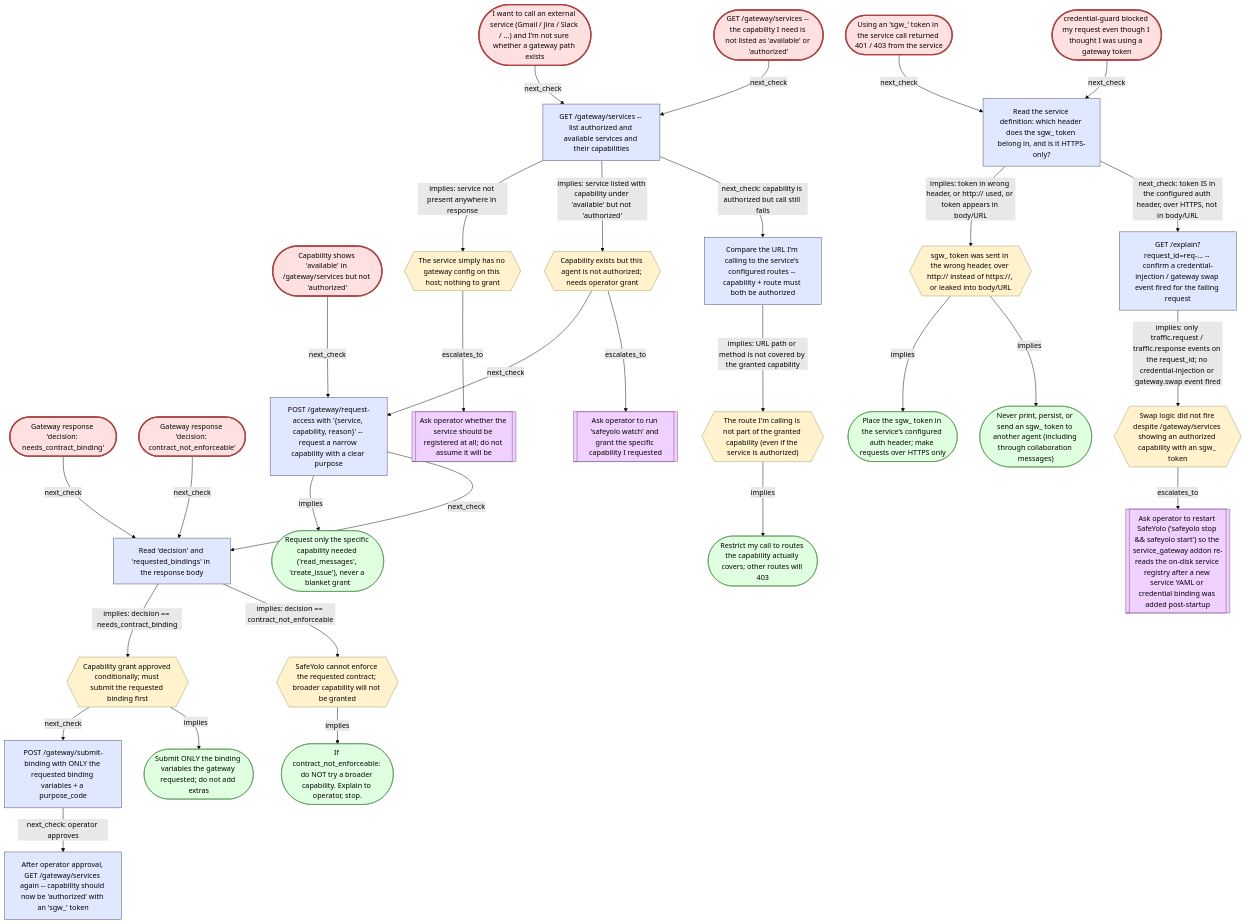
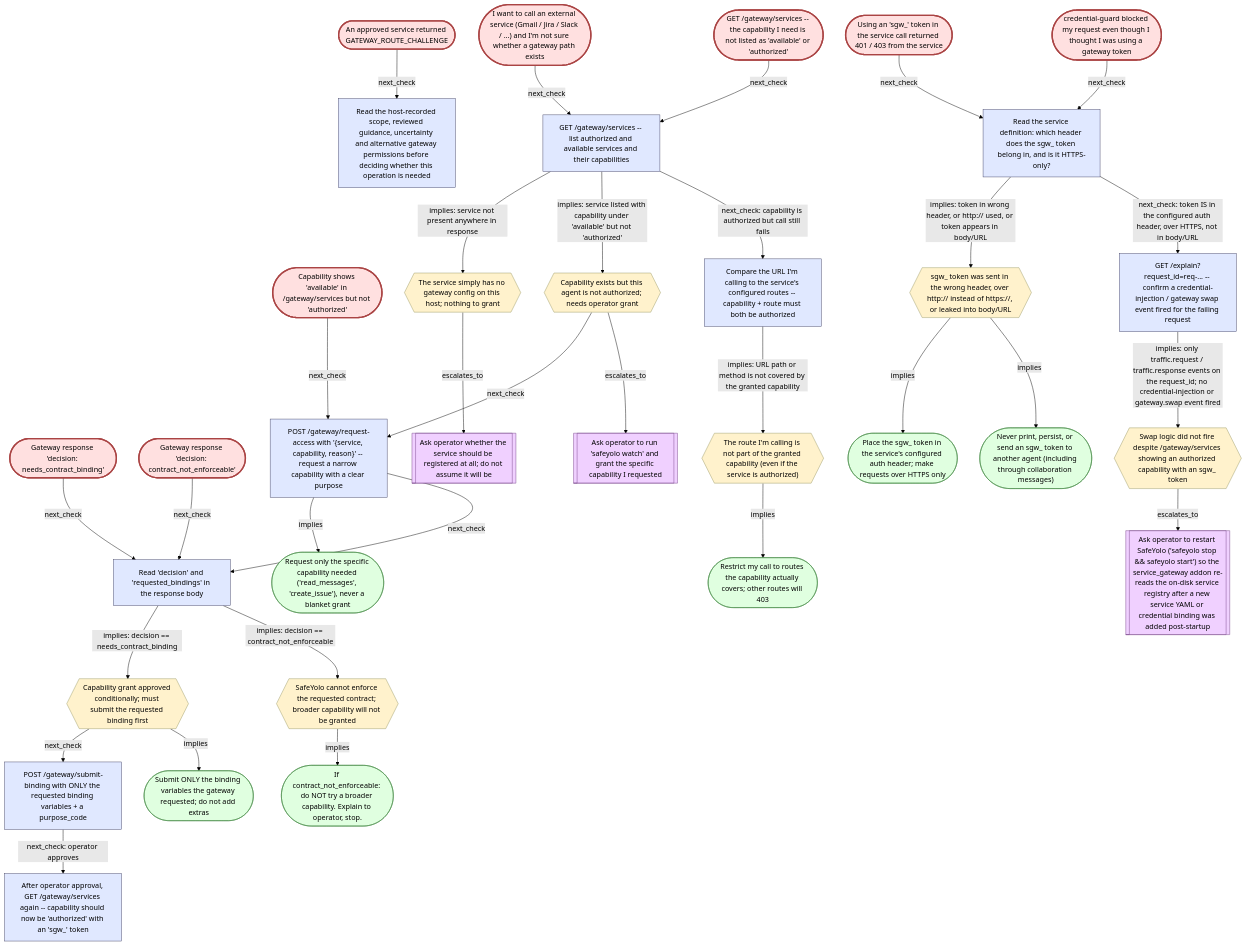
One commit to craigbalding/safeyolo changed the diagram in cli/src/safeyolo/agent_context/skills/safeyolo/references/graph/triage-service-gateway.mmd. Above: the diagram before and after it, drawn with Mermaid (forest theme). The commit also changed 22 other files, not shown here.

Commit message:
Add service route reconsideration and explicit temporary approval

```diff
--- a/cli/src/safeyolo/agent_context/skills/safeyolo/references/graph/triage-service-gateway.mmd
+++ b/cli/src/safeyolo/agent_context/skills/safeyolo/references/graph/triage-service-gateway.mmd
@@ -1,111 +1,117 @@
 flowchart TD
     %% Auto-generated by scripts/render_skill_graph.py -- do not edit.
 
     classDef symptom fill:#ffe0e0,stroke:#a44
     classDef evidence fill:#e0e8ff,stroke:#446
     classDef classification fill:#fff2cc,stroke:#996
     classDef conclusion fill:#e0ffe0,stroke:#484
     classDef operator_ask fill:#f0d0ff,stroke:#748
 
     sym.gateway_want_to_call_service(["I want to call an external service (Gmail / Jira / Slack / ...) and I'm not sure whether a gateway path exists"])
     sym.gateway_no_capability_listed(["GET /gateway/services -- the capability I need is not listed as 'available' or 'authorized'"])
     sym.gateway_available_not_authorized(["Capability shows 'available' in /gateway/services but not 'authorized'"])
     sym.gateway_needs_contract_binding(["Gateway response 'decision: needs_contract_binding'"])
     sym.gateway_contract_not_enforceable(["Gateway response 'decision: contract_not_enforceable'"])
     sym.gateway_sgw_token_rejected(["Using an 'sgw_' token in the service call returned 401 / 403 from the service"])
     sym.gateway_credential_leak_attempt(["credential-guard blocked my request even though I thought I was using a gateway token"])
+    sym.gateway_route_challenge(["An approved service returned GATEWAY_ROUTE_CHALLENGE"])
+    ev.gateway_reconsider_route["Read the host-recorded scope, reviewed guidance, uncertainty and alternative gateway permissions before deciding whether this operation is needed"]
     ev.gateway_list_services["GET /gateway/services -- list authorized and available services and their capabilities"]
     ev.gateway_request_access["POST /gateway/request-access with '{service, capability, reason}' -- request a narrow capability with a clear purpose"]
     ev.gateway_read_decision["Read 'decision' and 'requested_bindings' in the response body"]
     ev.gateway_submit_binding["POST /gateway/submit-binding with ONLY the requested binding variables + a purpose_code"]
     ev.gateway_recheck_after_approval["After operator approval, GET /gateway/services again -- capability should now be 'authorized' with an 'sgw_' token"]
     ev.gateway_check_auth_header_name["Read the service definition: which header does the sgw_ token belong in, and is it HTTPS-only?"]
     ev.gateway_check_route["Compare the URL I'm calling to the service's configured routes -- capability + route must both be authorized"]
     ev.gateway_check_injection_event["GET /explain?request_id=req-... -- confirm a credential-injection / gateway swap event fired for the failing request"]
     cls.gateway_service_not_registered{{"The service simply has no gateway config on this host; nothing to grant"}}
     cls.gateway_needs_grant{{"Capability exists but this agent is not authorized; needs operator grant"}}
     cls.gateway_needs_binding_submit{{"Capability grant approved conditionally; must submit the requested binding first"}}
     cls.gateway_impossible{{"SafeYolo cannot enforce the requested contract; broader capability will not be granted"}}
     cls.gateway_wrong_route{{"The route I'm calling is not part of the granted capability (even if the service is authorized)"}}
     cls.gateway_token_in_wrong_place{{"sgw_ token was sent in the wrong header, over http:// instead of https://, or leaked into body/URL"}}
     cls.gateway_swap_not_running{{"Swap logic did not fire despite /gateway/services showing an authorized capability with an sgw_ token"}}
     con.gateway_request_narrow_capability(["Request only the specific capability needed ('read_messages', 'create_issue'), never a blanket grant"])
     con.gateway_submit_only_requested_bindings(["Submit ONLY the binding variables the gateway requested; do not add extras"])
     con.gateway_do_not_broaden(["If contract_not_enforceable: do NOT try a broader capability. Explain to operator, stop."])
     con.gateway_use_configured_header(["Place the sgw_ token in the service's configured auth header; make requests over HTTPS only"])
     con.gateway_never_share_token(["Never print, persist, or send an sgw_ token to another agent (including through collaboration messages)"])
     con.gateway_correct_route(["Restrict my call to routes the capability actually covers; other routes will 403"])
     ask.gateway_register_service[["Ask operator whether the service should be registered at all; do not assume it will be"]]
     ask.gateway_watch_grant[["Ask operator to run 'safeyolo watch' and grant the specific capability I requested"]]
     ask.gateway_restart_after_yaml_change[["Ask operator to restart SafeYolo ('safeyolo stop && safeyolo start') so the service_gateway addon re-reads the on-disk service registry after a new service YAML or credential binding was added post-startup"]]
 
+    sym.gateway_route_challenge -->|"next_check"| ev.gateway_reconsider_route
     sym.gateway_want_to_call_service -->|"next_check"| ev.gateway_list_services
     sym.gateway_no_capability_listed -->|"next_check"| ev.gateway_list_services
     sym.gateway_available_not_authorized -->|"next_check"| ev.gateway_request_access
     sym.gateway_needs_contract_binding -->|"next_check"| ev.gateway_read_decision
     sym.gateway_contract_not_enforceable -->|"next_check"| ev.gateway_read_decision
     sym.gateway_sgw_token_rejected -->|"next_check"| ev.gateway_check_auth_header_name
     sym.gateway_credential_leak_attempt -->|"next_check"| ev.gateway_check_auth_header_name
     ev.gateway_list_services -->|"implies: service not present anywhere in response"| cls.gateway_service_not_registered
     ev.gateway_list_services -->|"implies: service listed with capability under 'available' but not 'authorized'"| cls.gateway_needs_grant
     ev.gateway_list_services -->|"next_check: capability is authorized but call still fails"| ev.gateway_check_route
     cls.gateway_service_not_registered -->|"escalates_to"| ask.gateway_register_service
     cls.gateway_needs_grant -->|"next_check"| ev.gateway_request_access
     ev.gateway_request_access -->|"implies"| con.gateway_request_narrow_capability
     ev.gateway_request_access -->|"next_check"| ev.gateway_read_decision
     cls.gateway_needs_grant -->|"escalates_to"| ask.gateway_watch_grant
     ev.gateway_read_decision -->|"implies: decision == needs_contract_binding"| cls.gateway_needs_binding_submit
     ev.gateway_read_decision -->|"implies: decision == contract_not_enforceable"| cls.gateway_impossible
     cls.gateway_needs_binding_submit -->|"next_check"| ev.gateway_submit_binding
     cls.gateway_needs_binding_submit -->|"implies"| con.gateway_submit_only_requested_bindings
     ev.gateway_submit_binding -->|"next_check: operator approves"| ev.gateway_recheck_after_approval
     cls.gateway_impossible -->|"implies"| con.gateway_do_not_broaden
     ev.gateway_check_auth_header_name -->|"implies: token in wrong header, or http:// used, or token appears in body/URL"| cls.gateway_token_in_wrong_place
     cls.gateway_token_in_wrong_place -->|"implies"| con.gateway_use_configured_header
     cls.gateway_token_in_wrong_place -->|"implies"| con.gateway_never_share_token
     ev.gateway_check_auth_header_name -->|"next_check: token IS in the configured auth header, over HTTPS, not in body/URL"| ev.gateway_check_injection_event
     ev.gateway_check_injection_event -->|"implies: only traffic.request / traffic.response events on the request_id; no credential-injection or gateway.swap event fired"| cls.gateway_swap_not_running
     cls.gateway_swap_not_running -->|"escalates_to"| ask.gateway_restart_after_yaml_change
     ev.gateway_check_route -->|"implies: URL path or method is not covered by the granted capability"| cls.gateway_wrong_route
     cls.gateway_wrong_route -->|"implies"| con.gateway_correct_route
 
     class sym.gateway_want_to_call_service symptom
     class sym.gateway_no_capability_listed symptom
     class sym.gateway_available_not_authorized symptom
     class sym.gateway_needs_contract_binding symptom
     class sym.gateway_contract_not_enforceable symptom
     class sym.gateway_sgw_token_rejected symptom
     class sym.gateway_credential_leak_attempt symptom
+    class sym.gateway_route_challenge symptom
+    class ev.gateway_reconsider_route evidence
     class ev.gateway_list_services evidence
     class ev.gateway_request_access evidence
     class ev.gateway_read_decision evidence
     class ev.gateway_submit_binding evidence
     class ev.gateway_recheck_after_approval evidence
     class ev.gateway_check_auth_header_name evidence
     class ev.gateway_check_route evidence
     class ev.gateway_check_injection_event evidence
     class cls.gateway_service_not_registered classification
     class cls.gateway_needs_grant classification
     class cls.gateway_needs_binding_submit classification
     class cls.gateway_impossible classification
     class cls.gateway_wrong_route classification
     class cls.gateway_token_in_wrong_place classification
     class cls.gateway_swap_not_running classification
     class con.gateway_request_narrow_capability conclusion
     class con.gateway_submit_only_requested_bindings conclusion
     class con.gateway_do_not_broaden conclusion
     class con.gateway_use_configured_header conclusion
     class con.gateway_never_share_token conclusion
     class con.gateway_correct_route conclusion
     class ask.gateway_register_service operator_ask
     class ask.gateway_watch_grant operator_ask
     class ask.gateway_restart_after_yaml_change operator_ask
 
     %% Entry symptoms (bind an observed symptom here)
+    style sym.gateway_route_challenge stroke-width:3px
     style sym.gateway_want_to_call_service stroke-width:3px
     style sym.gateway_no_capability_listed stroke-width:3px
     style sym.gateway_available_not_authorized stroke-width:3px
     style sym.gateway_needs_contract_binding stroke-width:3px
     style sym.gateway_contract_not_enforceable stroke-width:3px
     style sym.gateway_sgw_token_rejected stroke-width:3px
     style sym.gateway_credential_leak_attempt stroke-width:3px
```
